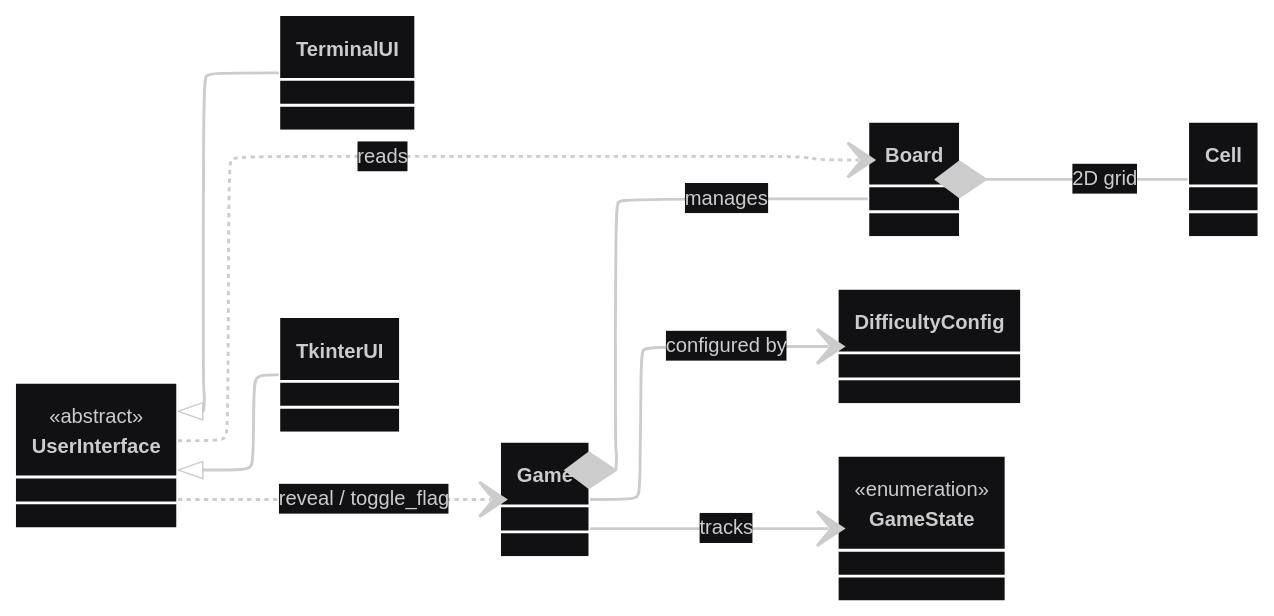
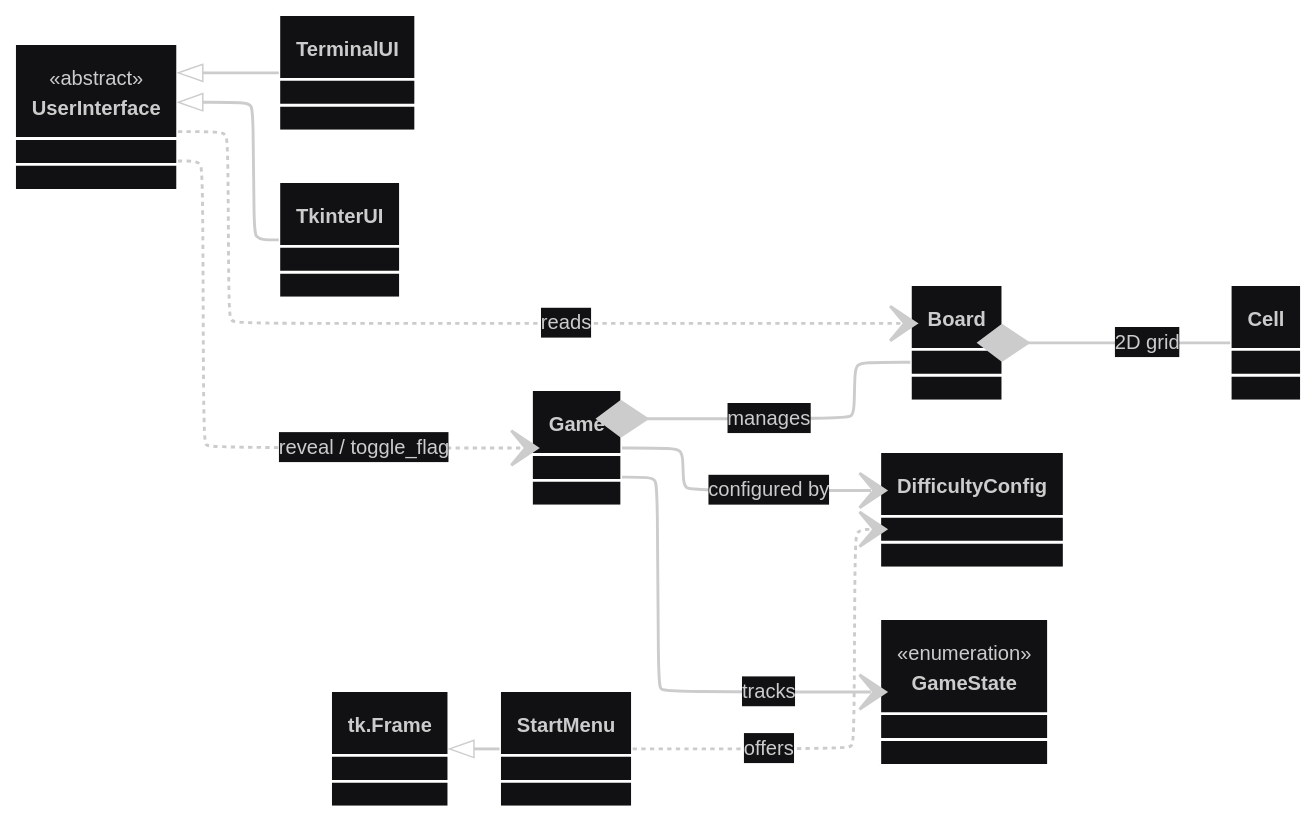
One commit to hydrUsD/pysweeper changed the diagram in README.md. Above: the diagram before and after it, drawn with Mermaid. The commit also changed other lines of this file and 9 other files, not shown here.

First line of the commit message:
L8: StartMenu als eigene Tkinter-Klasse (Kursmaterial)

````diff
--- a/README.md
+++ b/README.md
@@ -139,23 +140,26 @@
 ```mermaid
 ---
 config:
   layout: elk
   theme: redux-dark-color
 ---
 classDiagram
     direction LR
     Game *-- Board : manages
     Game --> DifficultyConfig : configured by
     Game --> GameState : tracks
     Board *-- Cell : 2D grid
     UserInterface <|-- TerminalUI
     UserInterface <|-- TkinterUI
     UserInterface ..> Game : reveal / toggle_flag
     UserInterface ..> Board : reads
+    TkFrame <|-- StartMenu
+    StartMenu ..> DifficultyConfig : offers
+    class TkFrame["tk.Frame"]
     class UserInterface {
         <<abstract>>
     }
     class GameState {
         <<enumeration>>
     }
 ```
````
